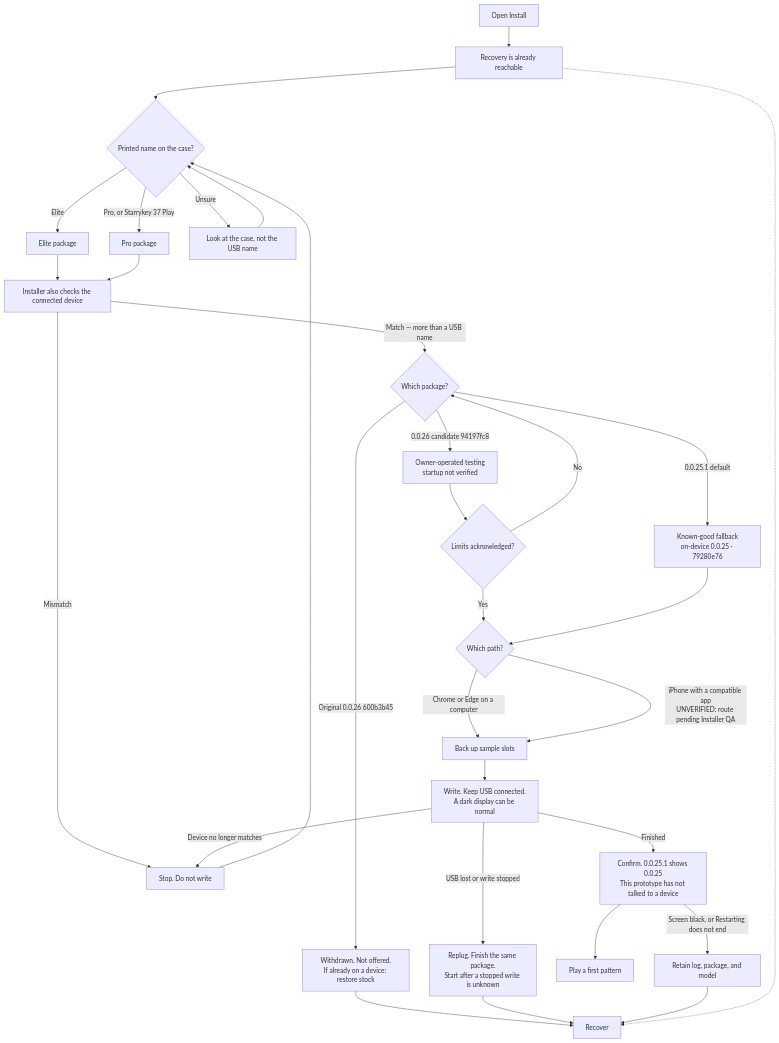
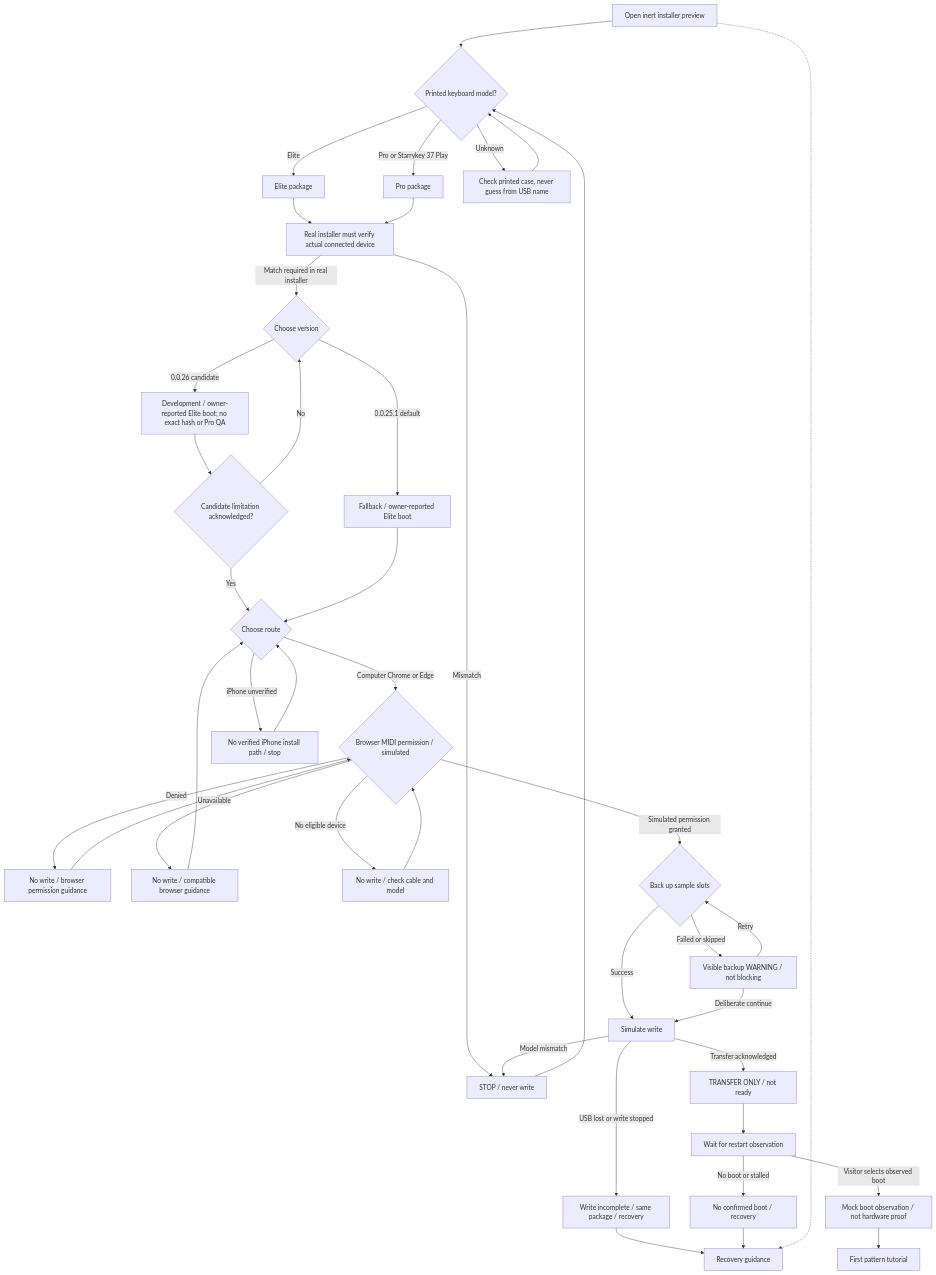
One commit to gobbajogger/X0X37-for-Loopy-Pro changed the first of 3 diagrams in v2-preview/docs/flow.md. Above: the diagram before and after it, drawn with Mermaid. The commit also changed other lines of this file, not shown here.

Commit message:
docs(web-preview): replace stale installer diagram with permission/backup-warning/boot observation flow

````diff
--- a/v2-preview/docs/flow.md
+++ b/v2-preview/docs/flow.md
@@ -15,33 +15,43 @@
 ```mermaid
 flowchart TB
-  start[Open Install] --> help0[Recovery is already reachable]
-  help0 --> device{Printed name on the case?}
+  start[Open inert installer preview] --> device{Printed keyboard model?}
   device -->|Elite| pkgE[Elite package]
-  device -->|Pro, or Starrykey 37 Play| pkgP[Pro package]
-  device -->|Unsure| look[Look at the case, not the USB name]
-  look --> device
-  pkgE --> check[Installer also checks the connected device]
+  device -->|Pro or Starrykey 37 Play| pkgP[Pro package]
+  device -->|Unknown| find[Check printed case, never guess from USB name]
+  find --> device
+  pkgE --> check[Real installer must verify actual connected device]
   pkgP --> check
-  check -->|Mismatch| mismatch[Stop. Do not write]
+  check -->|Mismatch| mismatch[STOP / never write]
   mismatch --> device
-  check -->|Match — more than a USB name| version{Which package?}
-  version -->|0.0.25.1 default| v251[Known-good fallback<br/>on-device 0.0.25 · 79280e76]
-  version -->|0.0.26 candidate 94197fc8| v026[Owner-operated testing<br/>startup not verified]
-  version -->|Original 0.0.26 600b3b45| withdrawn[Withdrawn. Not offered.<br/>If already on a device: restore stock]
-  v026 --> ack{Limits acknowledged?}
+  check -->|Match required in real installer| version{Choose version}
+  version -->|0.0.25.1 default| fallback[Fallback / owner-reported Elite boot]
+  version -->|0.0.26 candidate| candidate[Development / owner-reported Elite boot; no exact hash or Pro QA]
+  candidate --> ack{Candidate limitation acknowledged?}
   ack -->|No| version
-  ack -->|Yes| path
-  v251 --> path{Which path?}
-  withdrawn --> recover[Recover]
-  path -->|Chrome or Edge on a computer| backup
-  path -->|iPhone with a compatible app<br/>UNVERIFIED: route pending Installer QA| backup
-  backup[Back up sample slots] --> write[Write. Keep USB connected.<br/>A dark display can be normal]
-  write -->|Finished| confirm[Confirm. 0.0.25.1 shows 0.0.25<br/>This prototype has not talked to a device]
-  write -->|USB lost or write stopped| usb[Replug. Finish the same package.<br/>Start after a stopped write is unknown]
-  write -->|Device no longer matches| mismatch
-  confirm --> first[Play a first pattern]
-  confirm -->|Screen black, or Restarting does not end| nostart[Retain log, package, and model]
-  usb --> recover
+  ack -->|Yes| route
+  fallback --> route{Choose route}
+  route -->|Computer Chrome or Edge| permission{Browser MIDI permission / simulated}
+  route -->|iPhone unverified| iphone[No verified iPhone install path / stop]
+  iphone --> route
+  permission -->|Denied| denied[No write / browser permission guidance]
+  permission -->|Unavailable| unavailable[No write / compatible browser guidance]
+  permission -->|No eligible device| absent[No write / check cable and model]
+  denied --> permission
+  unavailable --> route
+  absent --> permission
+  permission -->|Simulated permission granted| backup{Back up sample slots}
+  backup -->|Success| write[Simulate write]
+  backup -->|Failed or skipped| warning[Visible backup WARNING / not blocking]
+  warning -->|Retry| backup
+  warning -->|Deliberate continue| write
+  write -->|USB lost or write stopped| stopped[Write incomplete / same package / recovery]
+  write -->|Model mismatch| mismatch
+  write -->|Transfer acknowledged| transfer[TRANSFER ONLY / not ready]
+  transfer --> restart[Wait for restart observation]
+  restart -->|No boot or stalled| nostart[No confirmed boot / recovery]
+  restart -->|Visitor selects observed boot| boot[Mock boot observation / not hardware proof]
+  boot --> first[First pattern tutorial]
+  stopped --> recover[Recovery guidance]
   nostart --> recover
-  help0 -.-> recover
+  start -.-> recover
 ```
````
